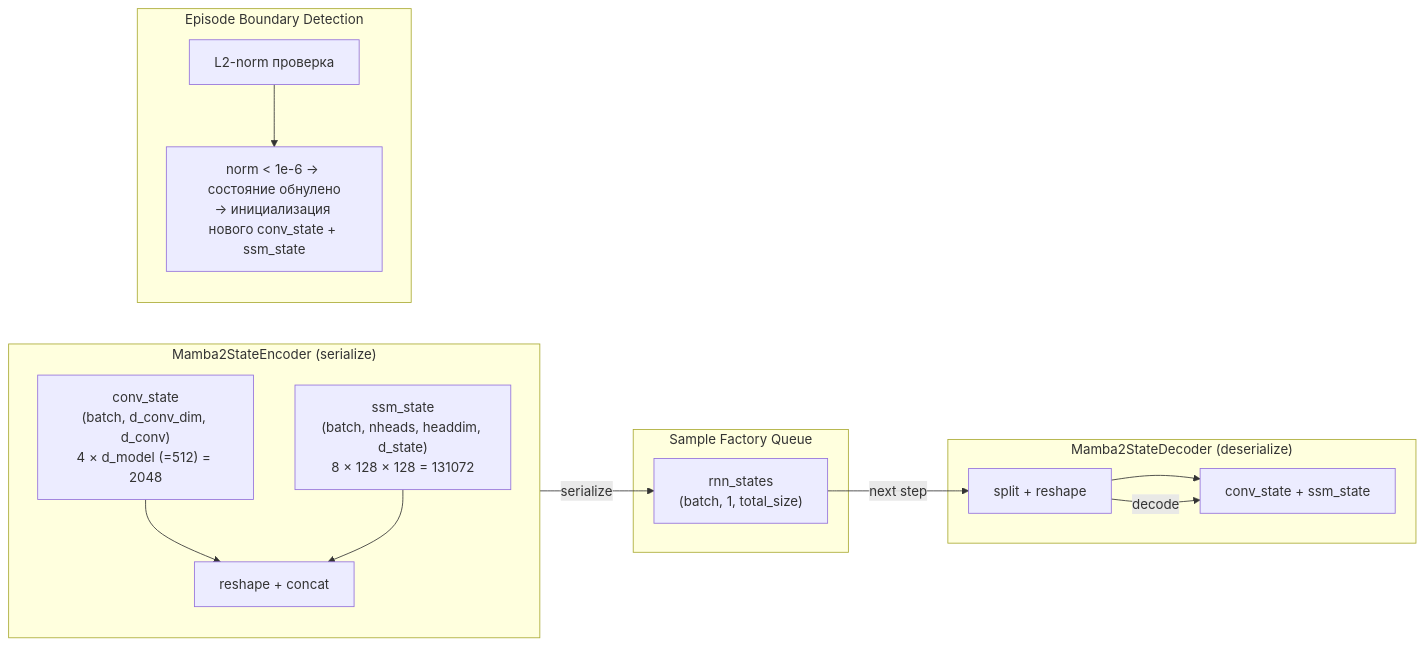
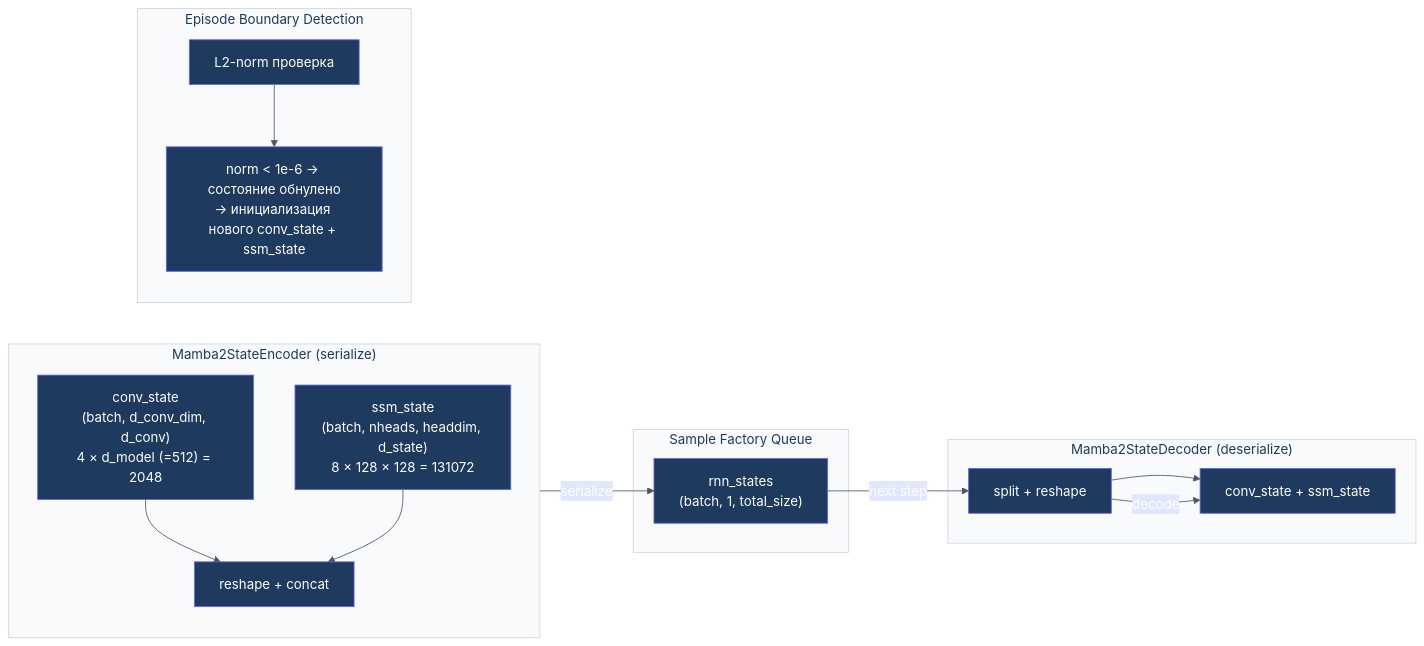
The diagram in docs/mamba2_state_flow.mmd (Kiraprint/DOOM), drawn with Mermaid before and after one commit. The commit also changed 9 other files, not shown here.

Commit message:
style: add Mermaid diagram theming and larger font sizes

```diff
--- a/docs/mamba2_state_flow.mmd
+++ b/docs/mamba2_state_flow.mmd
@@ -1,29 +1,29 @@
-flowchart LR
+%%{init: {'theme': 'base', 'themeVariables': {'primaryColor': '#1e3a5f', 'primaryTextColor': '#fff', 'primaryBorderColor': '#1e3a5f', 'lineColor': '#4B5563', 'secondaryColor': '#e0e7ff', 'tertiaryColor': '#fef3c7', 'clusterBkg': '#f8fafc', 'fontSize': 15, 'clusterBorder': '#cbd5e1', 'nodeBorder': '#6366f1', 'nodeTextColor': '#4338ca', 'titleColor': '#1e3a5f'}}}%% flowchart LR
   subgraph Encoder["Mamba2StateEncoder (serialize)"]
     direction TB
     CONV["conv_state<br/>(batch, d_conv_dim, d_conv)<br/>4 × d_model (=512) = 2048"]
     SSM["ssm_state<br/>(batch, nheads, headdim, d_state)<br/>8 × 128 × 128 = 131072"]
     CONCAT["reshape + concat"]
     CONV --> CONCAT
     SSM --> CONCAT
   end
 
   subgraph Queue["Sample Factory Queue"]
     RN["rnn_states<br/>(batch, 1, total_size)"]
   end
 
   subgraph Decoder["Mamba2StateDecoder (deserialize)"]
     SPLIT["split + reshape"]
     CONV2["conv_state + ssm_state"]
     SPLIT --> CONV2
   end
 
   subgraph Detect["Episode Boundary Detection"]
     L2["L2-norm проверка"]
     THRESH["norm < 1e-6 → состояние обнулено<br/>→ инициализация нового conv_state + ssm_state"]
     L2 --> THRESH
   end
 
   CONCAT -->|"serialize"| RN
   RN -->|"next step"| SPLIT
   SPLIT -->|"decode"| CONV2
```
